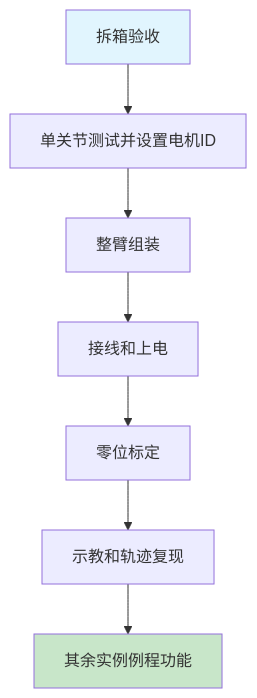
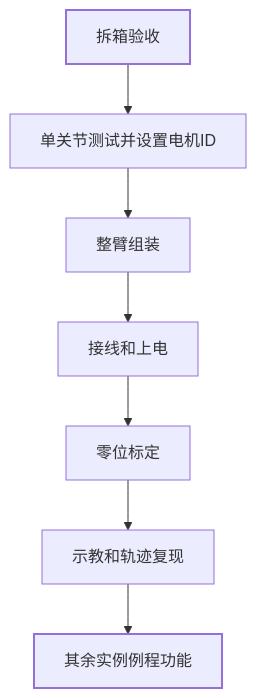
Before and after one commit to joyin-dexhand/joyin_arm_tutorial: the first of 3 diagrams in docs/chapter1_1.md, drawn with Mermaid. The commit also changed other lines of this file and 2 other files, not shown here.

First line of the commit message:
docs(快速上手): Mermaid节点自适应暗色 + 篇章速览表合并篇名单元格

````diff
--- a/docs/chapter1_1.md
+++ b/docs/chapter1_1.md
@@ -64,12 +64,12 @@
 ```mermaid
 flowchart TD
-    A[拆箱验收] --> B[单关节测试并设置电机ID]
+    A[拆箱验收]:::mermaid-start --> B[单关节测试并设置电机ID]
     B --> C[整臂组装]
     C --> D[接线和上电]
     D --> E[零位标定]
     E --> F[示教和轨迹复现]
-    F --> G[其余实例例程功能]
+    F --> G[其余实例例程功能]:::mermaid-end
 
-    style A fill:#e1f5fe
-    style G fill:#c8e6c9
+    classDef mermaid-start stroke-width:2px
+    classDef mermaid-end stroke-width:2px
 ```
````
